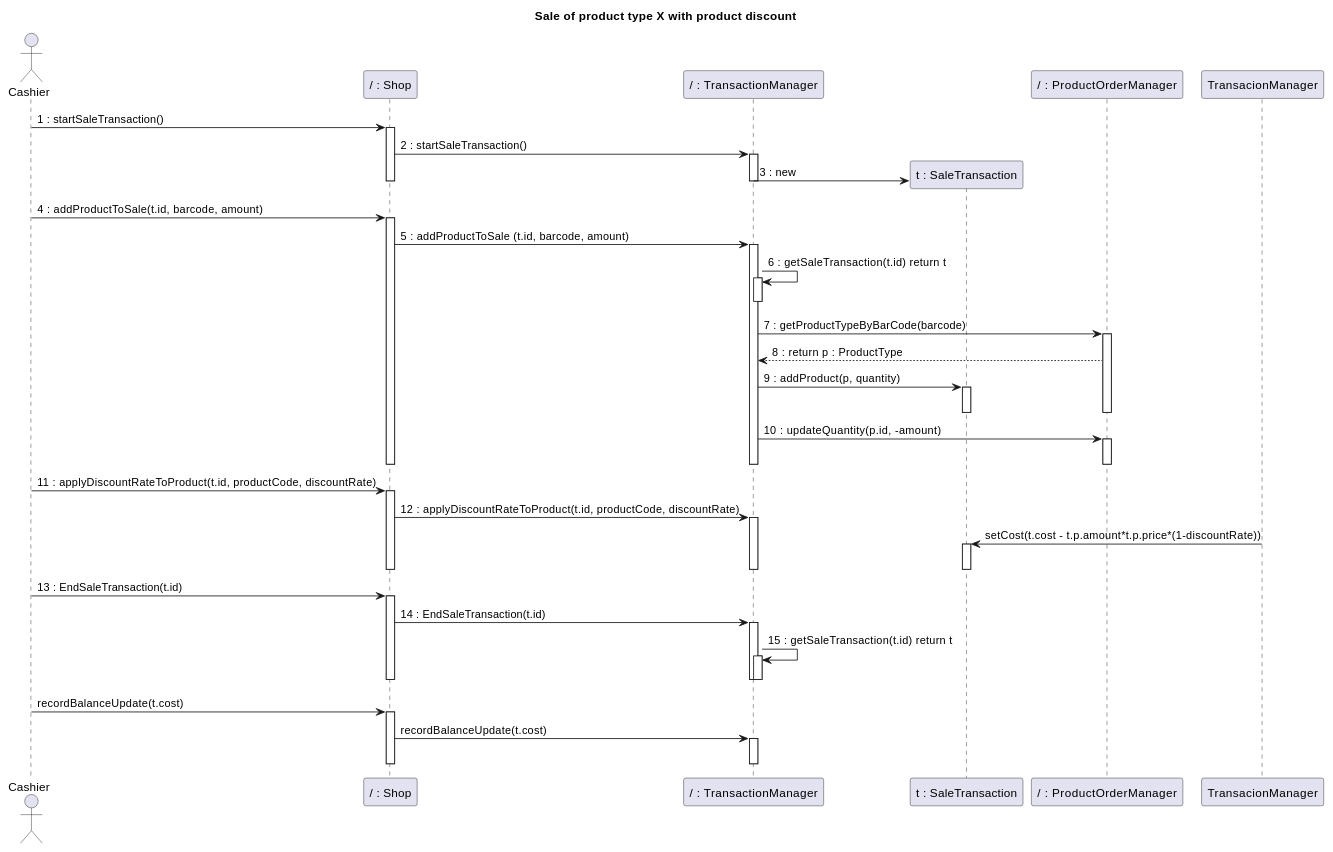
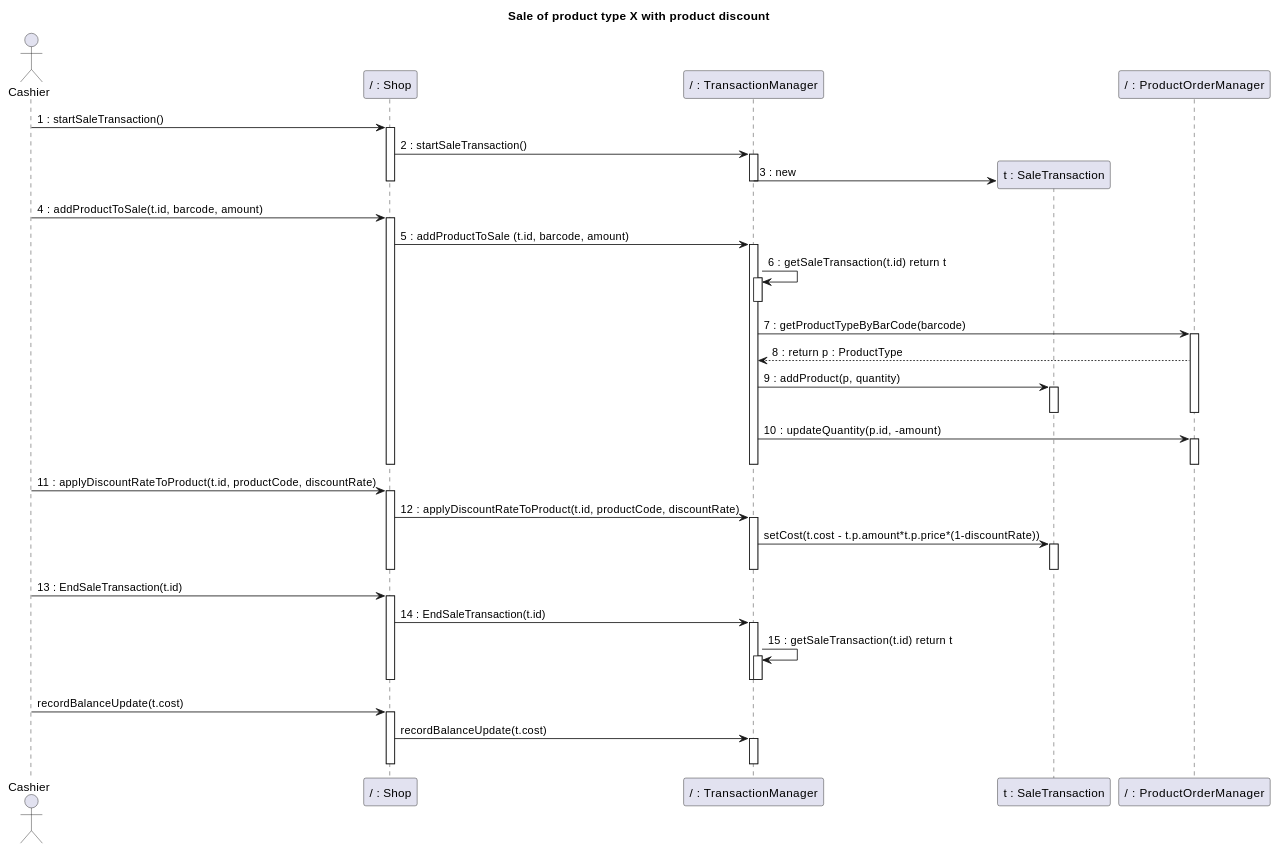
One commit to nicolabattaglino/ezshop changed diagram 21 of 34 in Deliverables/DesignDocument.md. Above: the diagram before and after it, drawn with PlantUML. The commit also changed other lines of this file, not shown here.

````diff
--- a/Deliverables/DesignDocument.md
+++ b/Deliverables/DesignDocument.md
@@ -1036,75 +1037,75 @@
 ```plantuml
 @startuml
 
 title
 Sale of product type X with product discount
 end title
 
 actor Cashier
 
 participant "/ : Shop" as Shop
 participant "/ : TransactionManager" as TransactionManager
 participant "t : SaleTransaction"  as SaleTransaction
 participant "/ : ProductOrderManager" as ProductOrderManager
 
 Cashier -> Shop: 1 : startSaleTransaction()
 activate Shop
 Shop -> TransactionManager : 2 : startSaleTransaction()
 activate TransactionManager
 create SaleTransaction
 TransactionManager -> SaleTransaction: 3 : new
 deactivate TransactionManager
 deactivate Shop
 Cashier -> Shop : 4 : addProductToSale(t.id, barcode, amount)
 activate Shop
 Shop -> TransactionManager: 5 : addProductToSale (t.id, barcode, amount)
  
 
 activate TransactionManager
 TransactionManager -> TransactionManager: 6 : getSaleTransaction(t.id) return t
 activate TransactionManager
 deactivate TransactionManager
 TransactionManager -> ProductOrderManager: 7 : getProductTypeByBarCode(barcode)
 activate ProductOrderManager
 
 
 TransactionManager <-- ProductOrderManager : 8 : return p : ProductType
 
 TransactionManager -> SaleTransaction : 9 : addProduct(p, quantity)
 activate SaleTransaction
 deactivate SaleTransaction
 deactivate ProductOrderManager
 TransactionManager -> ProductOrderManager: 10 : updateQuantity(p.id, -amount)
 activate ProductOrderManager
 deactivate ProductOrderManager
 deactivate TransactionManager
 deactivate Shop
 
 Cashier -> Shop : 11 : applyDiscountRateToProduct(t.id, productCode, discountRate)
 activate Shop
 Shop -> TransactionManager : 12 : applyDiscountRateToProduct(t.id, productCode, discountRate)
 activate TransactionManager
-TransacionManager -> SaleTransaction : setCost(t.cost - t.p.amount*t.p.price*(1-discountRate))
+TransactionManager -> SaleTransaction : setCost(t.cost - t.p.amount*t.p.price*(1-discountRate))
 activate SaleTransaction
 deactivate SaleTransaction
 deactivate TransactionManager
 deactivate Shop
 
 Cashier -> Shop : 13 : EndSaleTransaction(t.id)
 activate Shop
 Shop -> TransactionManager : 14 : EndSaleTransaction(t.id)
 activate TransactionManager
 TransactionManager -> TransactionManager : 15 : getSaleTransaction(t.id) return t
 activate TransactionManager
 deactivate TransactionManager
 deactivate TransactionManager
 deactivate Shop
 
 Cashier -> Shop : recordBalanceUpdate(t.cost)
 activate Shop
 Shop -> TransactionManager : recordBalanceUpdate(t.cost)
 activate TransactionManager
 deactivate TransactionManager
 deactivate Shop
 @enduml
 ```
````
